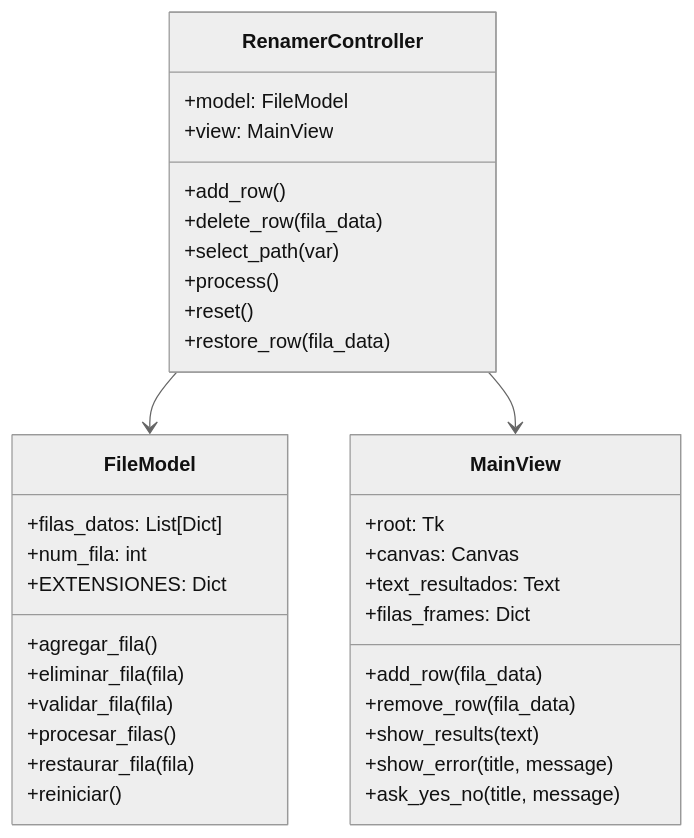
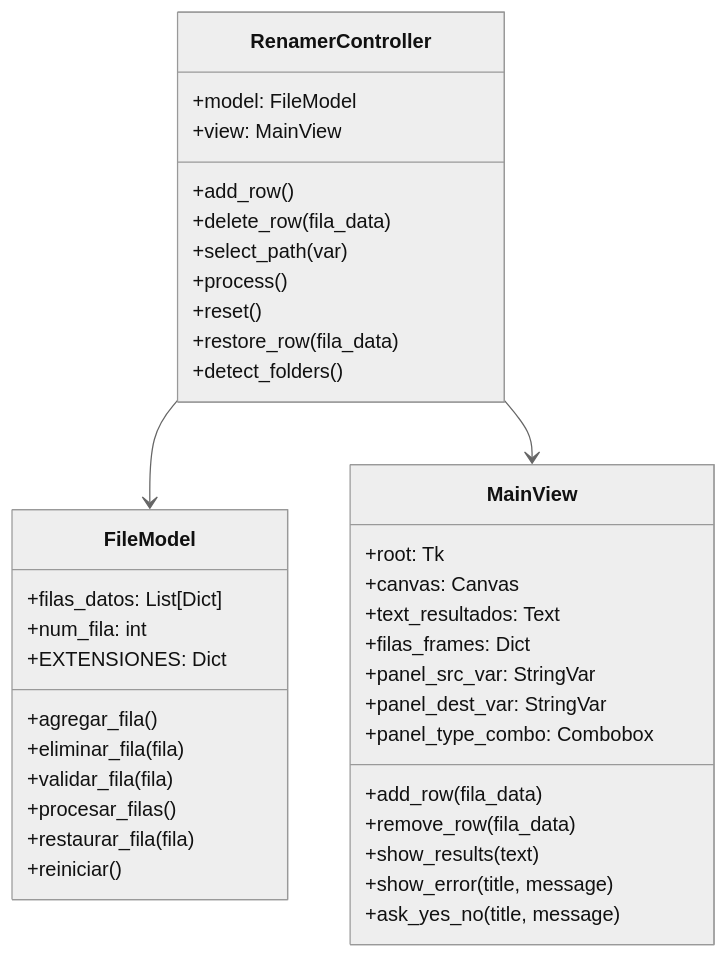
Before and after one commit to procesosFIC/Renombrador-Archivos: the second of 2 diagrams in docs/MANUAL_TECNICO.md, drawn with Mermaid (neutral theme). The commit also changed other lines of this file and 2 other files, not shown here.

````diff
--- a/docs/MANUAL_TECNICO.md
+++ b/docs/MANUAL_TECNICO.md
@@ -69,40 +69,44 @@
 ```mermaid
 classDiagram
     class FileModel {
         +filas_datos: List[Dict]
         +num_fila: int
         +EXTENSIONES: Dict
         +agregar_fila()
         +eliminar_fila(fila)
         +validar_fila(fila)
         +procesar_filas()
         +restaurar_fila(fila)
         +reiniciar()
     }
 
     class MainView {
         +root: Tk
         +canvas: Canvas
         +text_resultados: Text
         +filas_frames: Dict
+        +panel_src_var: StringVar
+        +panel_dest_var: StringVar
+        +panel_type_combo: Combobox
         +add_row(fila_data)
         +remove_row(fila_data)
         +show_results(text)
         +show_error(title, message)
         +ask_yes_no(title, message)
     }
 
     class RenamerController {
         +model: FileModel
         +view: MainView
         +add_row()
         +delete_row(fila_data)
         +select_path(var)
         +process()
         +reset()
         +restore_row(fila_data)
+        +detect_folders()
     }
 
     RenamerController --> FileModel
     RenamerController --> MainView
 ```
````
